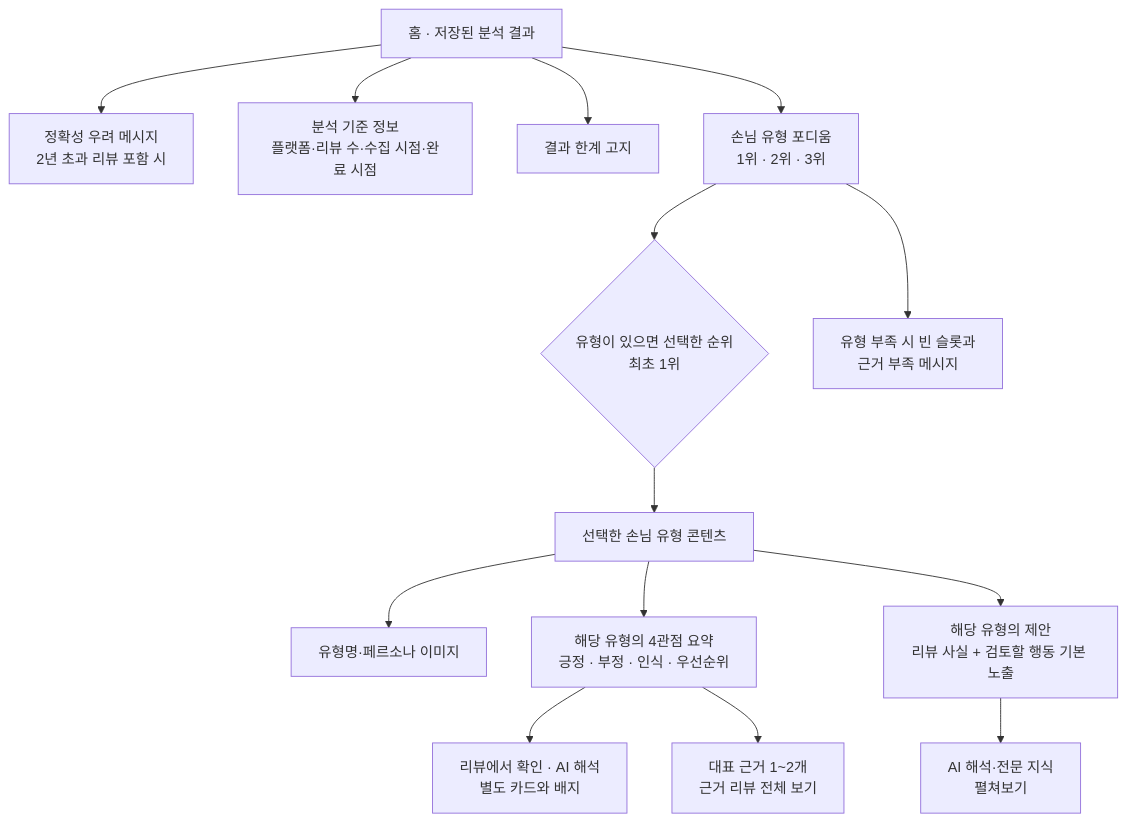
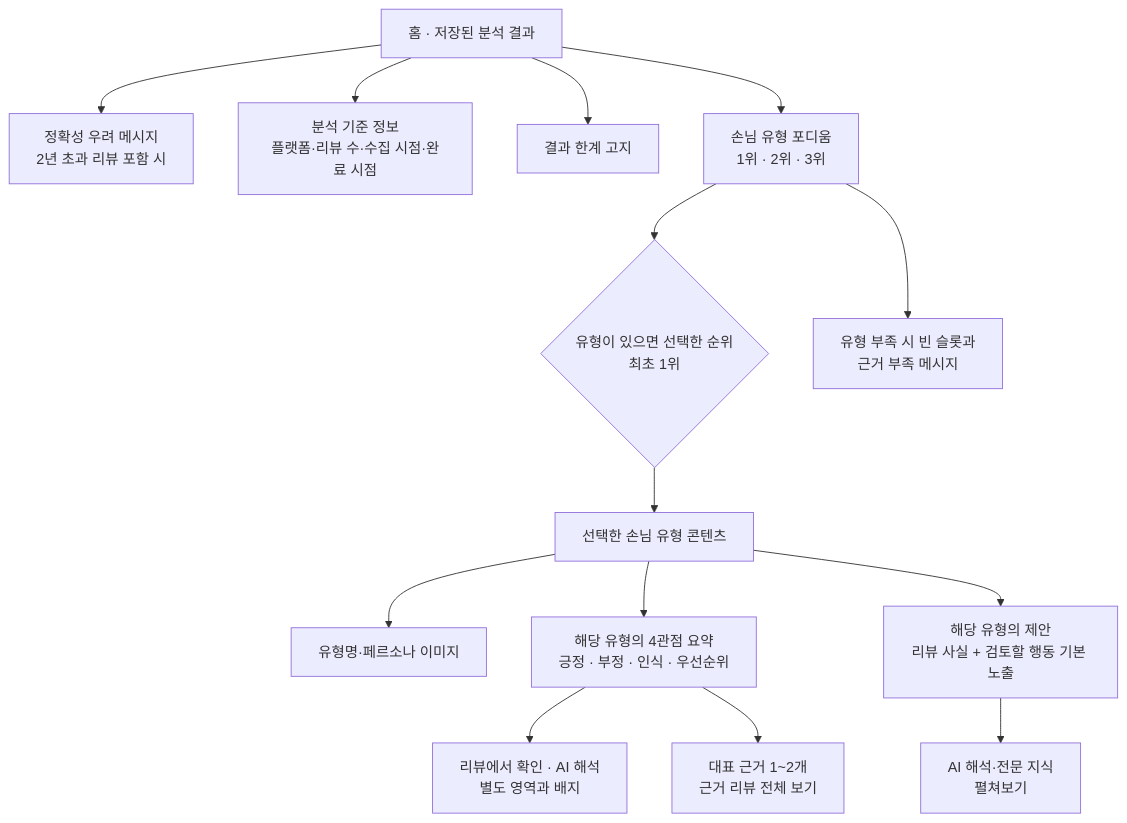
The second of 2 diagrams in docs/product/requirements/RESULT_IA.md (SKUnohtaekyung/PULSE_SCC), drawn with Mermaid before and after one commit. The commit also changed other lines of this file and 7 other files, not shown here.

````diff
--- a/docs/product/requirements/RESULT_IA.md
+++ b/docs/product/requirements/RESULT_IA.md
@@ -68,16 +68,16 @@
 ```mermaid
 flowchart TD
     H[홈 · 저장된 분석 결과] --> W[정확성 우려 메시지<br/>2년 초과 리뷰 포함 시]
     H --> M[분석 기준 정보<br/>플랫폼·리뷰 수·수집 시점·완료 시점]
     H --> L[결과 한계 고지]
     H --> P[손님 유형 포디움<br/>1위 · 2위 · 3위]
     P --> T{유형이 있으면 선택한 순위<br/>최초 1위}
     P --> E[유형 부족 시 빈 슬롯과<br/>근거 부족 메시지]
     T --> C[선택한 손님 유형 콘텐츠]
     C --> I[유형명·페르소나 이미지]
     C --> A[해당 유형의 4관점 요약<br/>긍정 · 부정 · 인식 · 우선순위]
-    A --> F[리뷰에서 확인 · AI 해석<br/>별도 카드와 배지]
+    A --> F[리뷰에서 확인 · AI 해석<br/>별도 영역과 배지]
     A --> R[대표 근거 1~2개<br/>근거 리뷰 전체 보기]
     C --> G[해당 유형의 제안<br/>리뷰 사실 + 검토할 행동 기본 노출]
     G --> GX[AI 해석·전문 지식<br/>펼쳐보기]
 ```
````
